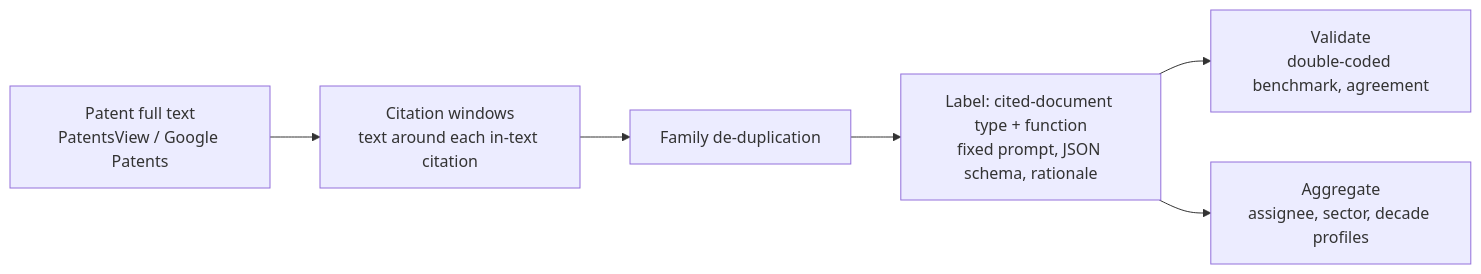
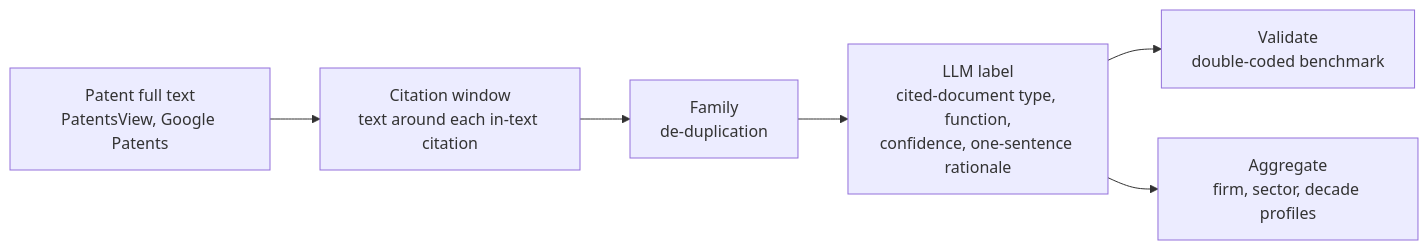
The first of 2 diagrams in README.md (hansen-innovation/science-in-invention), drawn with Mermaid before and after one commit. The commit also changed other lines of this file and 5 other files, not shown here.

Commit message:
Simplify README around five figures and two flowcharts; add docs/labels.md on why these labels

````diff
--- a/README.md
+++ b/README.md
@@ -59,8 +15,8 @@
 ```mermaid
 flowchart LR
-    A[Patent full text<br/>PatentsView / Google Patents] --> B[Citation windows<br/>text around each in-text citation]
-    B --> C[Family de-duplication]
-    C --> D[Label: cited-document type + function<br/>fixed prompt, JSON schema, rationale]
-    D --> E[Validate<br/>double-coded benchmark, agreement]
-    D --> F[Aggregate<br/>assignee, sector, decade profiles]
+    A["Patent full text<br/>PatentsView, Google Patents"] --> B["Citation window<br/>text around each in-text citation"]
+    B --> C["Family<br/>de-duplication"]
+    C --> D["LLM label<br/>cited-document type, function,<br/>confidence, one-sentence rationale"]
+    D --> E["Validate<br/>double-coded benchmark"]
+    D --> F["Aggregate<br/>firm, sector, decade profiles"]
 ```
````
